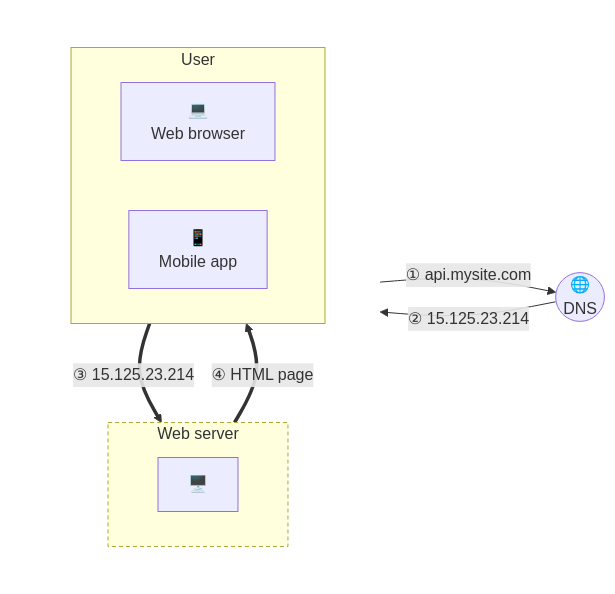
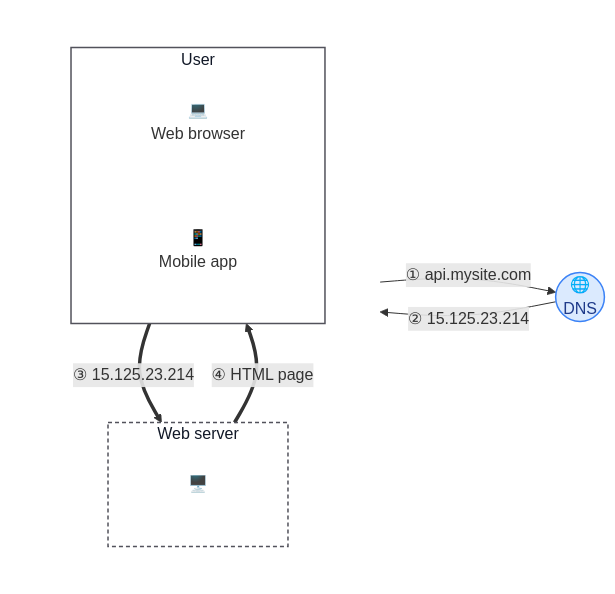
One commit to ayuslharora/blog-ayuslh changed the diagram in content/posts/system-design-foundation/ch1-single-server-setup.mdx. Above: the diagram before and after it, drawn with Mermaid. The commit also changed 1 other file, not shown here.

Commit message:
Refine Figure 1-2 diagram styling for closer visual match

````diff
--- a/content/posts/system-design-foundation/ch1-single-server-setup.mdx
+++ b/content/posts/system-design-foundation/ch1-single-server-setup.mdx
@@ -18,24 +18,29 @@
 ```mermaid
 flowchart LR
     subgraph Left[" "]
         direction TB
         subgraph WSBox["Web server"]
             WS["🖥️"]
         end
         subgraph User
             direction LR
             WB["💻<br/>Web browser"]
             MA["📱<br/>Mobile app"]
         end
         User == "③ 15.125.23.214" ==> WSBox
         WSBox == "④ HTML page" ==> User
     end
 
     DNS(("🌐<br/>DNS"))
 
     User -- "① api.mysite.com" --> DNS
     DNS -- "② 15.125.23.214" --> User
 
     style Left fill:transparent,stroke:transparent
-    style WSBox stroke-dasharray: 4 3
+    style User fill:transparent,stroke:#52525b,stroke-width:1.5px,color:#111827
+    style WSBox stroke-dasharray: 4 3,fill:transparent,stroke:#52525b,stroke-width:1.5px,color:#111827
+    style WB fill:transparent,stroke:none
+    style MA fill:transparent,stroke:none
+    style WS fill:transparent,stroke:none
+    style DNS fill:#dbeafe,stroke:#3b82f6,stroke-width:1.5px,color:#1e3a8a
 ```
````
